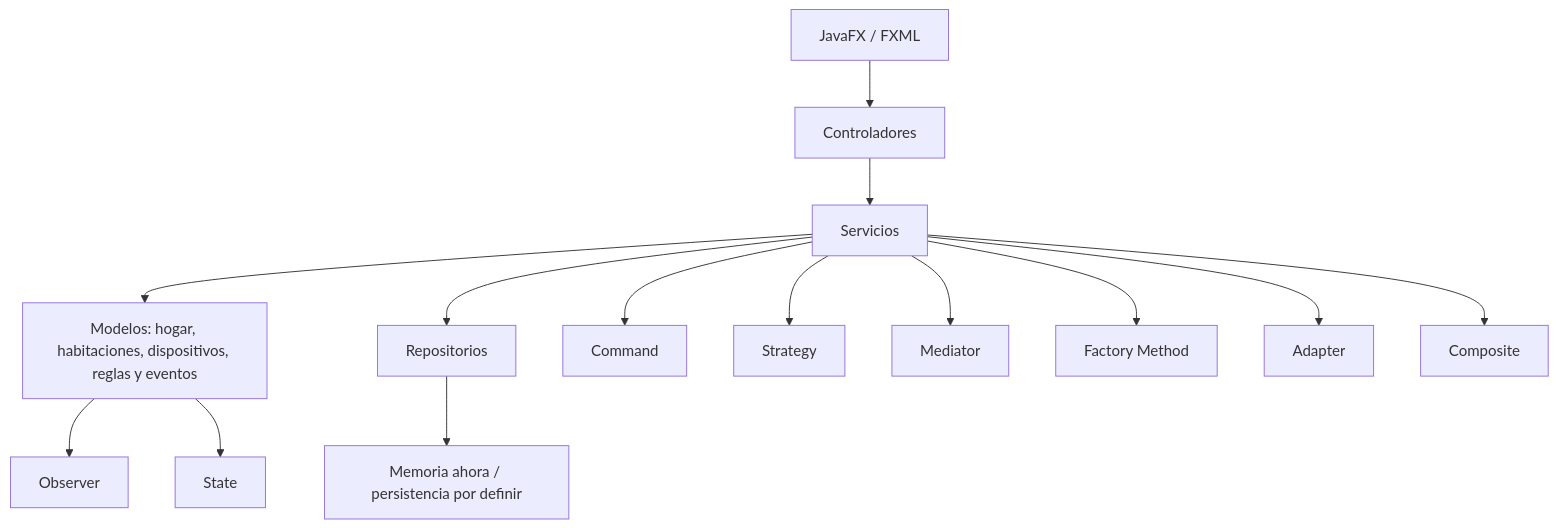
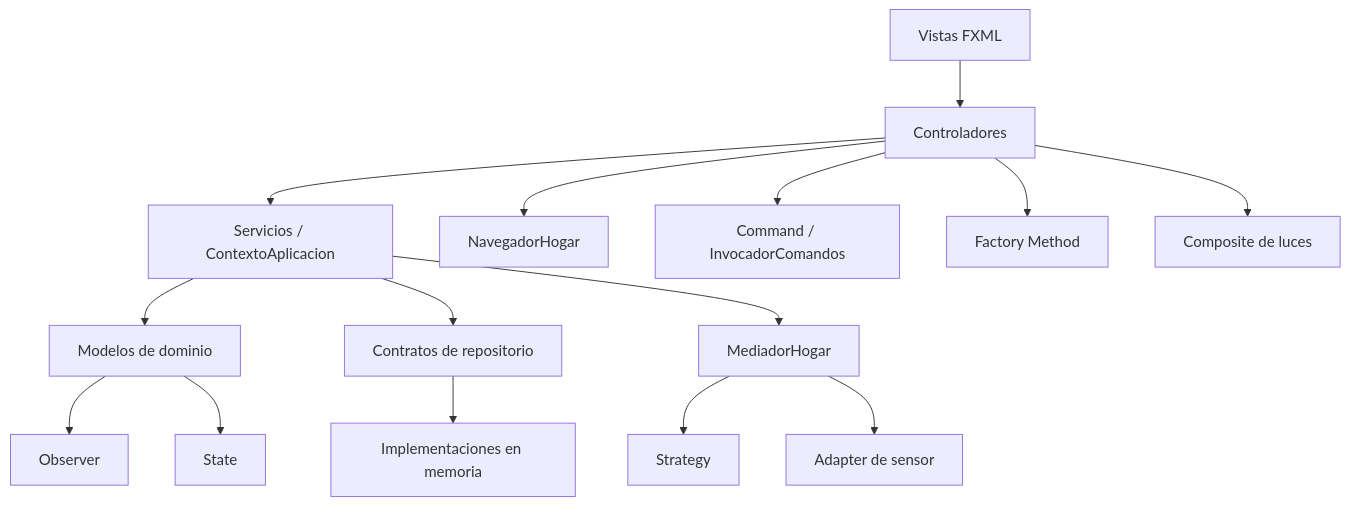
Before and after one commit to JUAN-404-NOT-FOUND/hogares_inteligentes: the diagram in docs/architecture.md, drawn with Mermaid. The commit also changed other lines of this file and 24 other files, not shown here.

````diff
--- a/docs/architecture.md
+++ b/docs/architecture.md
@@ -7,16 +31,17 @@
 ```mermaid
 flowchart TD
-    V[JavaFX / FXML] --> C[Controladores]
-    C --> S[Servicios]
-    S --> M[Modelos: hogar, habitaciones, dispositivos, reglas y eventos]
-    S --> R[Repositorios]
-    R --> DB[Memoria ahora / persistencia por definir]
+    FXML[Vistas FXML] --> C[Controladores]
+    C --> S[Servicios / ContextoAplicacion]
+    S --> M[Modelos de dominio]
+    S --> R[Contratos de repositorio]
+    R --> RM[Implementaciones en memoria]
+    C --> N[NavegadorHogar]
     M --> O[Observer]
     M --> ST[State]
-    S --> CM[Command]
-    S --> STR[Strategy]
-    S --> MED[Mediator]
-    S --> F[Factory Method]
-    S --> AD[Adapter]
-    S --> CO[Composite]
+    C --> CMD[Command / InvocadorComandos]
+    S --> MED[MediadorHogar]
+    MED --> STR[Strategy]
+    MED --> AD[Adapter de sensor]
+    C --> FM[Factory Method]
+    C --> CO[Composite de luces]
 ```
````
